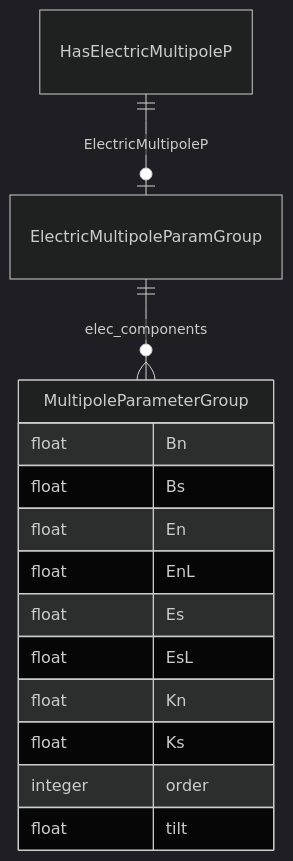
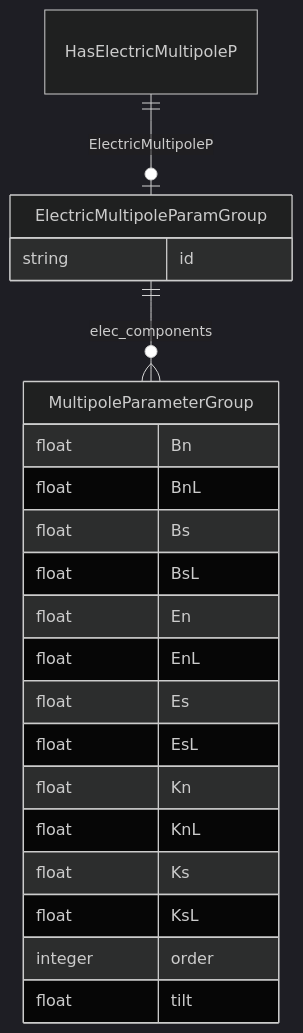
Before and after one commit to pals-project/pals-facility-config: the diagram in docs/elements/classes/HasElectricMultipoleP.md, drawn with Mermaid (dark theme). The commit also changed other lines of this file and 499 other files, not shown here.

````diff
--- a/docs/elements/classes/HasElectricMultipoleP.md
+++ b/docs/elements/classes/HasElectricMultipoleP.md
@@ -10,25 +10,29 @@
 ```mermaid
 erDiagram
 ElectricMultipoleParamGroup {
-
+    string id  
 }
 HasElectricMultipoleP {
 
 }
 MultipoleParameterGroup {
     float Bn  
+    float BnL  
     float Bs  
+    float BsL  
     float En  
     float EnL  
     float Es  
     float EsL  
     float Kn  
+    float KnL  
     float Ks  
+    float KsL  
     integer order  
     float tilt  
 }
 
 ElectricMultipoleParamGroup ||--}o MultipoleParameterGroup : "elec_components"
 HasElectricMultipoleP ||--|o ElectricMultipoleParamGroup : "ElectricMultipoleP"
 
 ```
````
